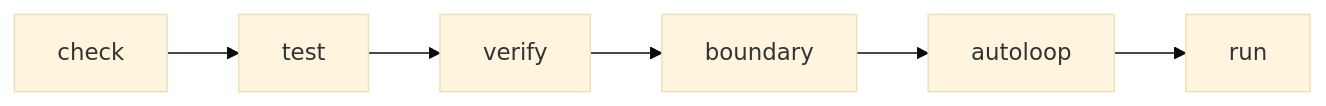
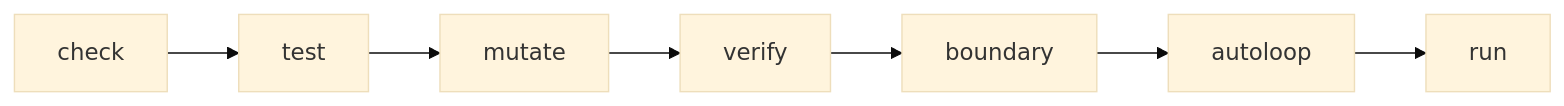
Before and after one commit to jmalfonsi/AGENT-L: the diagram in docs/core/quality-gates.mdx, drawn with Mermaid (base theme). The commit also changed other lines of this file and 57 other files, not shown here.

````diff
--- a/docs/core/quality-gates.mdx
+++ b/docs/core/quality-gates.mdx
@@ -9,8 +9,9 @@
 ```mermaid
 flowchart LR
     C[check] --> T[test]
-    T --> V[verify]
+    T --> M[mutate]
+    M --> V[verify]
     V --> B[boundary]
     B --> A[autoloop]
     A --> R[run]
 ```
````
